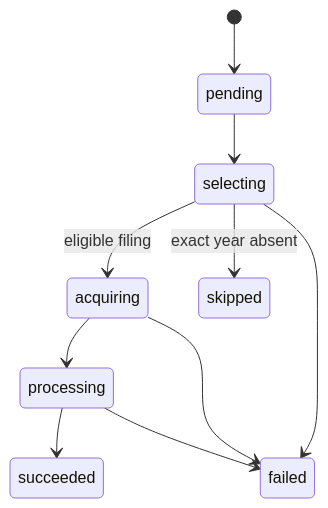
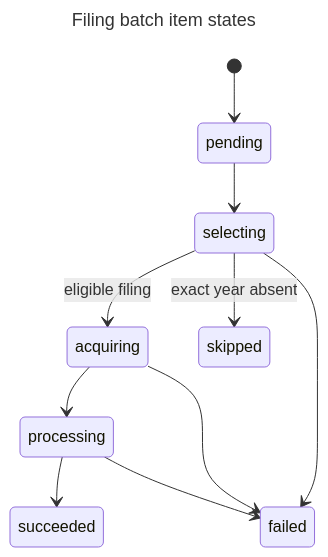
Before and after one commit to hongchit/sec-filing-rag-poc: the third of 4 diagrams in docs/orchestration.md, drawn with Mermaid. The commit also changed other lines of this file and 43 other files, not shown here.

````diff
--- a/docs/orchestration.md
+++ b/docs/orchestration.md
@@ -50,12 +56,15 @@
 ```mermaid
+---
+title: Filing batch item states
+---
 stateDiagram-v2
   [*] --> pending
   pending --> selecting
   selecting --> acquiring: eligible filing
   selecting --> skipped: exact year absent
   acquiring --> processing
   processing --> succeeded
   selecting --> failed
   acquiring --> failed
   processing --> failed
 ```
````
